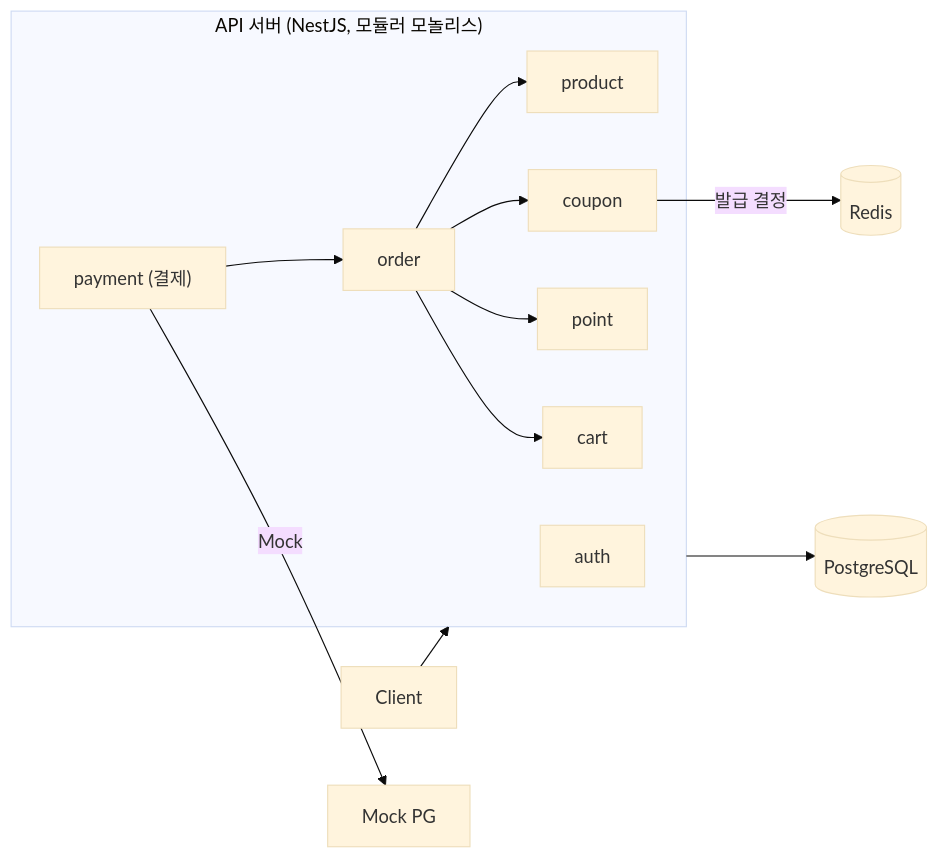
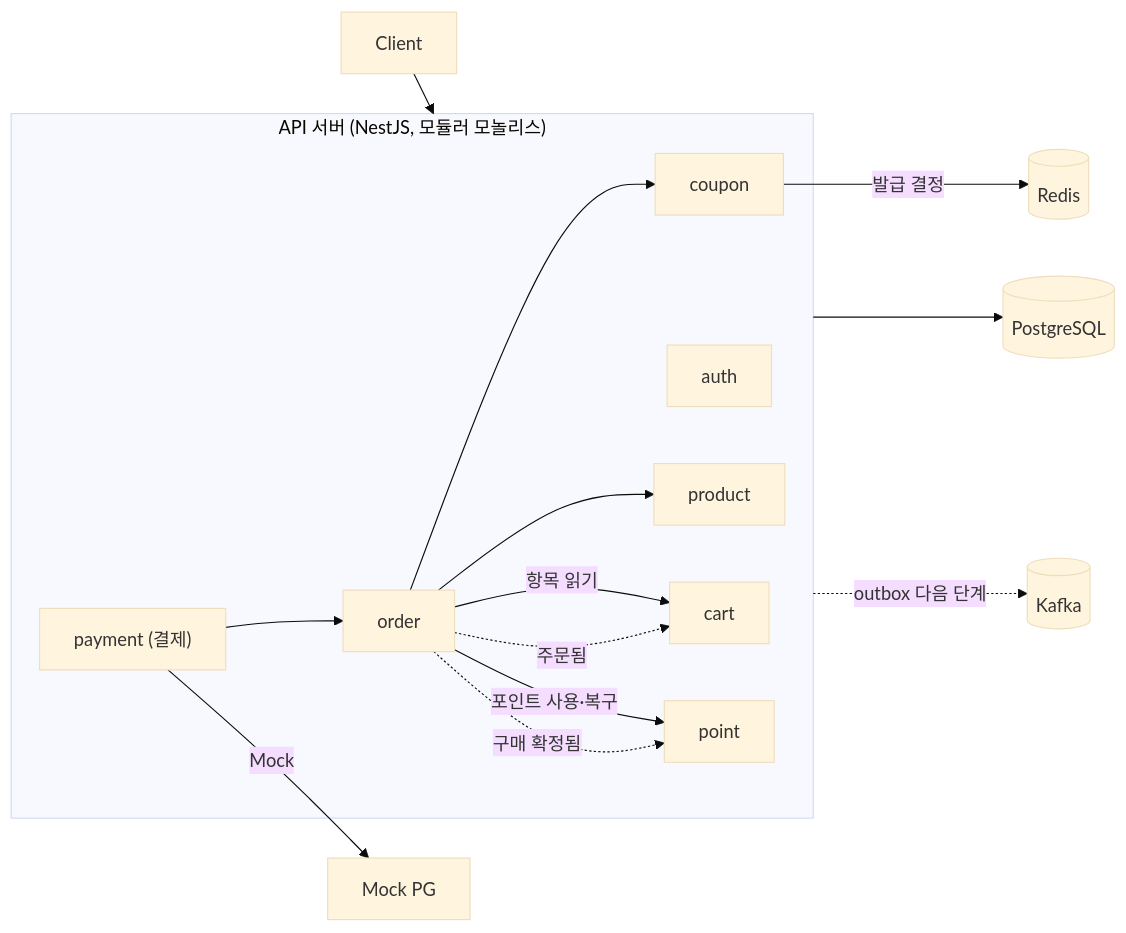
The diagram in README.md (KAPUIST/flash-gate), drawn with Mermaid (base theme) before and after one commit. The commit also changed other lines of this file and 25 other files, not shown here.

````diff
--- a/README.md
+++ b/README.md
@@ -47,21 +49,24 @@
 ```mermaid
 flowchart LR
     Client --> API
     subgraph API["API 서버 (NestJS, 모듈러 모놀리스)"]
         auth[auth]
         coupon[coupon]
         product[product]
         cart[cart]
         order[order]
         point[point]
         payment["payment (결제)"]
         order --> product
         order --> coupon
-        order --> point
-        order --> cart
+        order -- "포인트 사용·복구" --> point
+        order -- "항목 읽기" --> cart
+        order -. "주문됨" .-> cart
+        order -. "구매 확정됨" .-> point
         payment --> order
     end
     coupon -- "발급 결정" --> Redis[(Redis)]
     API --> DB[(PostgreSQL)]
     payment -- "Mock" --> PG[Mock PG]
+    API -. "outbox 다음 단계" .-> Kafka[(Kafka)]
 ```
````
